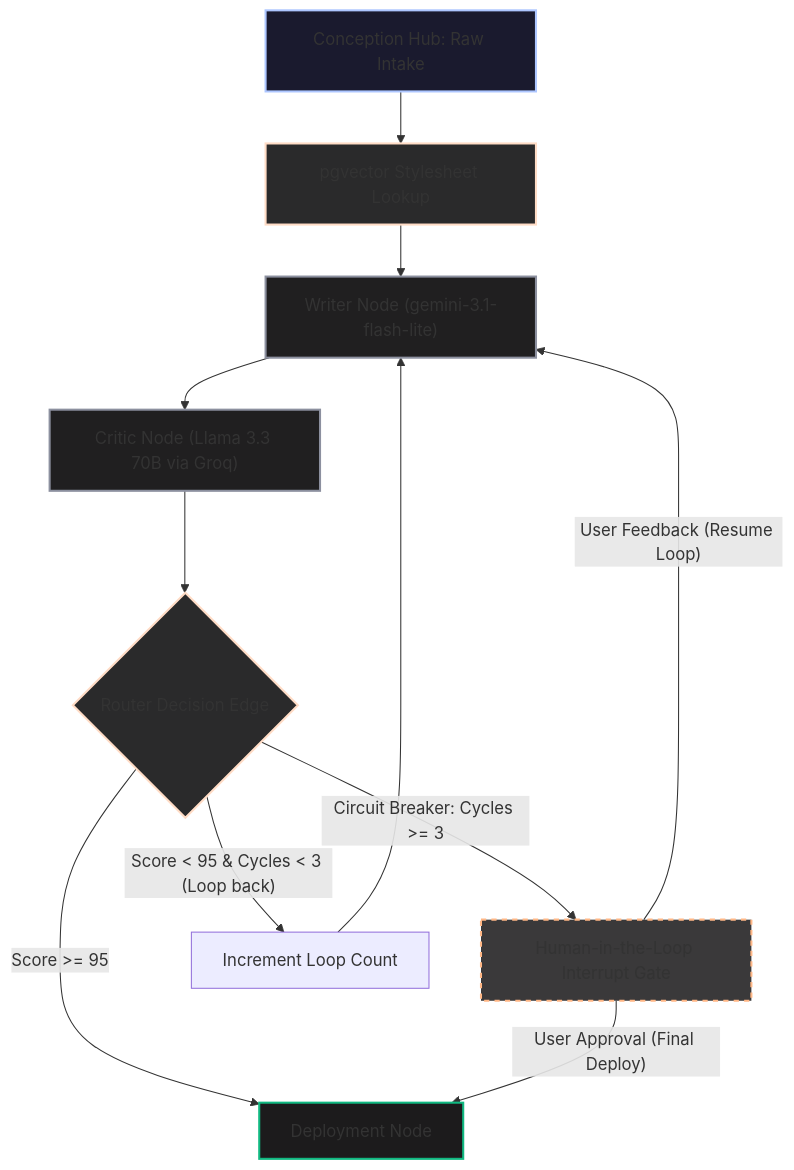
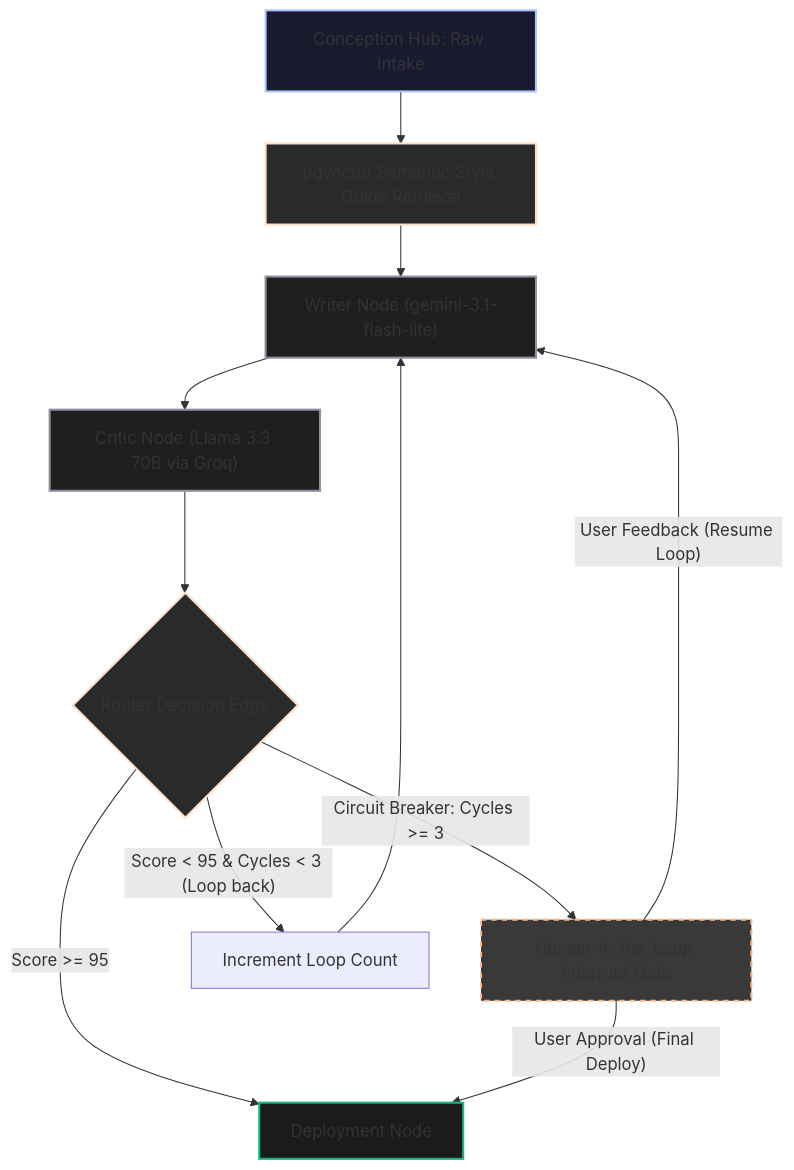
One commit to Edric2412/AgenticAI-G4 changed the diagram in README.md. Above: the diagram before and after it, drawn with Mermaid. The commit also changed other lines of this file and 2 other files, not shown here.

Commit message:
docs: update environment setup and infrastructure guide

````diff
--- a/README.md
+++ b/README.md
@@ -22,34 +22,34 @@
 ```mermaid
 graph TD
     %% Styling definitions
     classDef init fill:#1a1a2e,stroke:#adc6ff,stroke-width:2px;
     classDef agent fill:#201f20,stroke:#8c909f,stroke-width:2px;
     classDef check fill:#2a2a2b,stroke:#ffdcc6,stroke-width:2px;
     classDef hitl fill:#3a393a,stroke:#ffb786,stroke-dasharray: 5 5,stroke-width:2px;
     classDef endNode fill:#1c1b1c,stroke:#10B981,stroke-width:2px;
 
     %% Nodes
     A[Conception Hub: Raw Intake]:::init
-    B[pgvector Stylesheet Lookup]:::check
+    B[pgvector Semantic Style Guide Retrieval]:::check
     C["Writer Node (gemini-3.1-flash-lite)"]:::agent
     D["Critic Node (Llama 3.3 70B via Groq)"]:::agent
     E{Router Decision Edge}:::check
     F["Human-in-the-Loop Interrupt Gate"]:::hitl
     G["Deployment Node"]:::endNode
 
     %% Flow Paths
     A --> B
     B --> C
     C --> D
     D --> E
     
     %% Loops
     E -- "Score < 95 & Cycles < 3 (Loop back)" --> H[Increment Loop Count]
     H --> C
     
     E -- "Score >= 95" --> G
     E -- "Circuit Breaker: Cycles >= 3" --> F
     
     F -- "User Feedback (Resume Loop)" --> C
     F -- "User Approval (Final Deploy)" --> G
 ```
````
